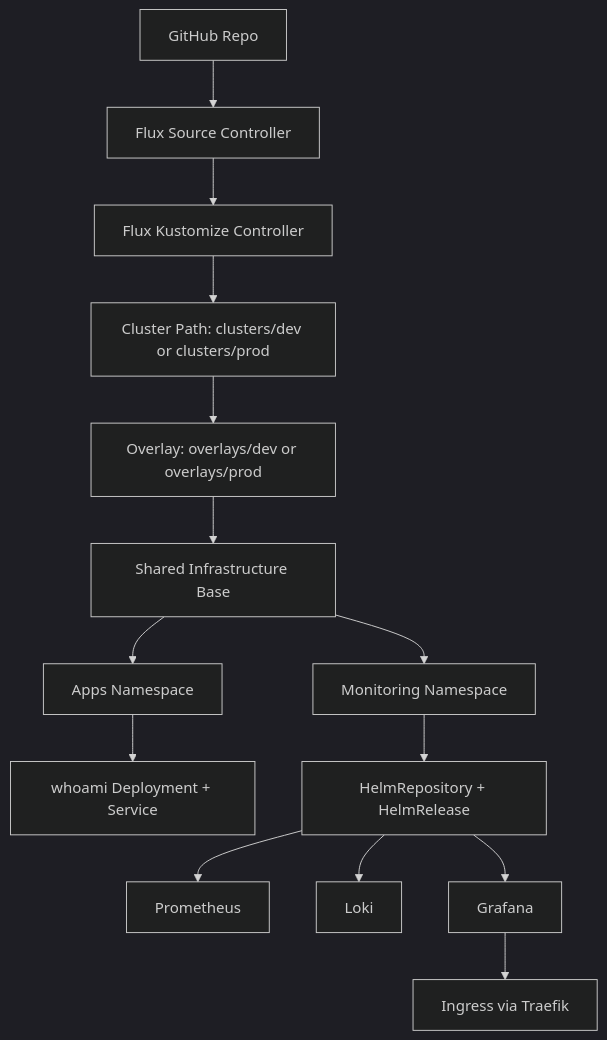
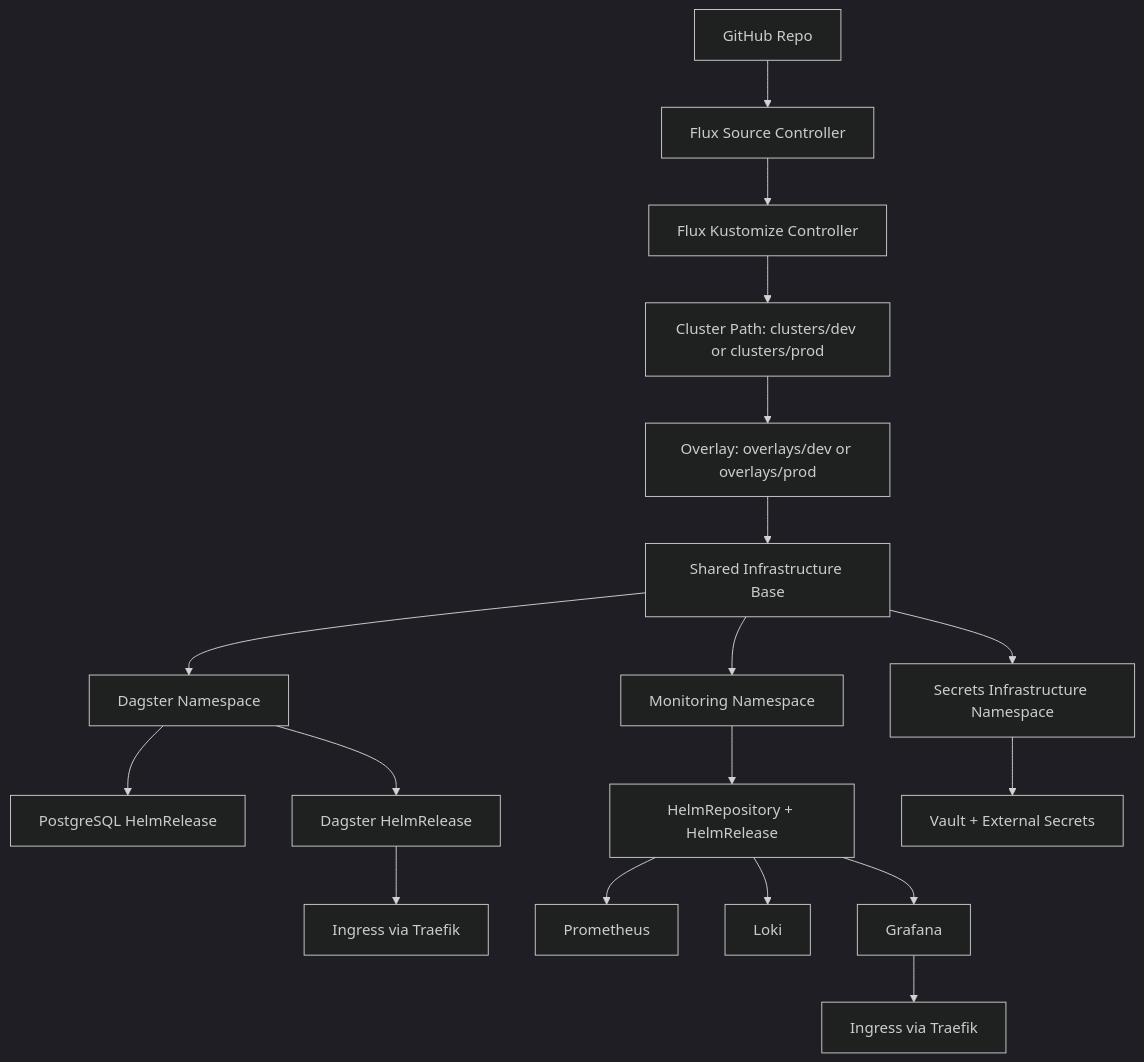
Before and after one commit to jamesoost/fluxcd-demo: the diagram in README.md, drawn with Mermaid (dark theme). The commit also changed other lines of this file and 19 other files, not shown here.

First line of the commit message:
Feat: restructure repository to separate apps and Updated Docs. (#22)

````diff
--- a/README.md
+++ b/README.md
@@ -10,16 +32,20 @@
 ```mermaid
 flowchart TD
     A[GitHub Repo] --> B[Flux Source Controller]
     B --> C[Flux Kustomize Controller]
     C --> D[Cluster Path: clusters/dev or clusters/prod]
     D --> E[Overlay: overlays/dev or overlays/prod]
     E --> F[Shared Infrastructure Base]
-    F --> G[Apps Namespace]
+    F --> G[Dagster Namespace]
     F --> H[Monitoring Namespace]
-    G --> I[whoami Deployment + Service]
-    H --> J[HelmRepository + HelmRelease]
-    J --> K[Prometheus]
-    J --> L[Loki]
-    J --> M[Grafana]
-    M --> N[Ingress via Traefik]
+    F --> I[Secrets Infrastructure Namespace]
+    G --> J[PostgreSQL HelmRelease]
+    G --> K[Dagster HelmRelease]
+    K --> L[Ingress via Traefik]
+    H --> M[HelmRepository + HelmRelease]
+    M --> N[Prometheus]
+    M --> O[Loki]
+    M --> P[Grafana]
+    P --> Q[Ingress via Traefik]
+    I --> R[Vault + External Secrets]
 ```
````
